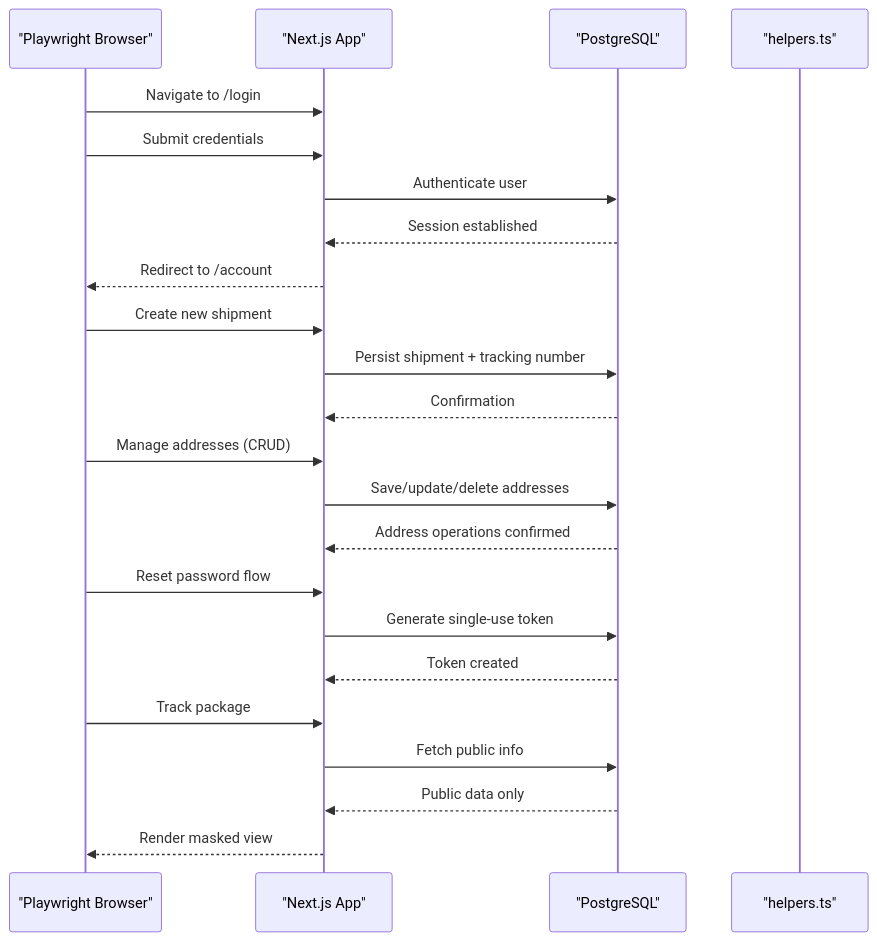
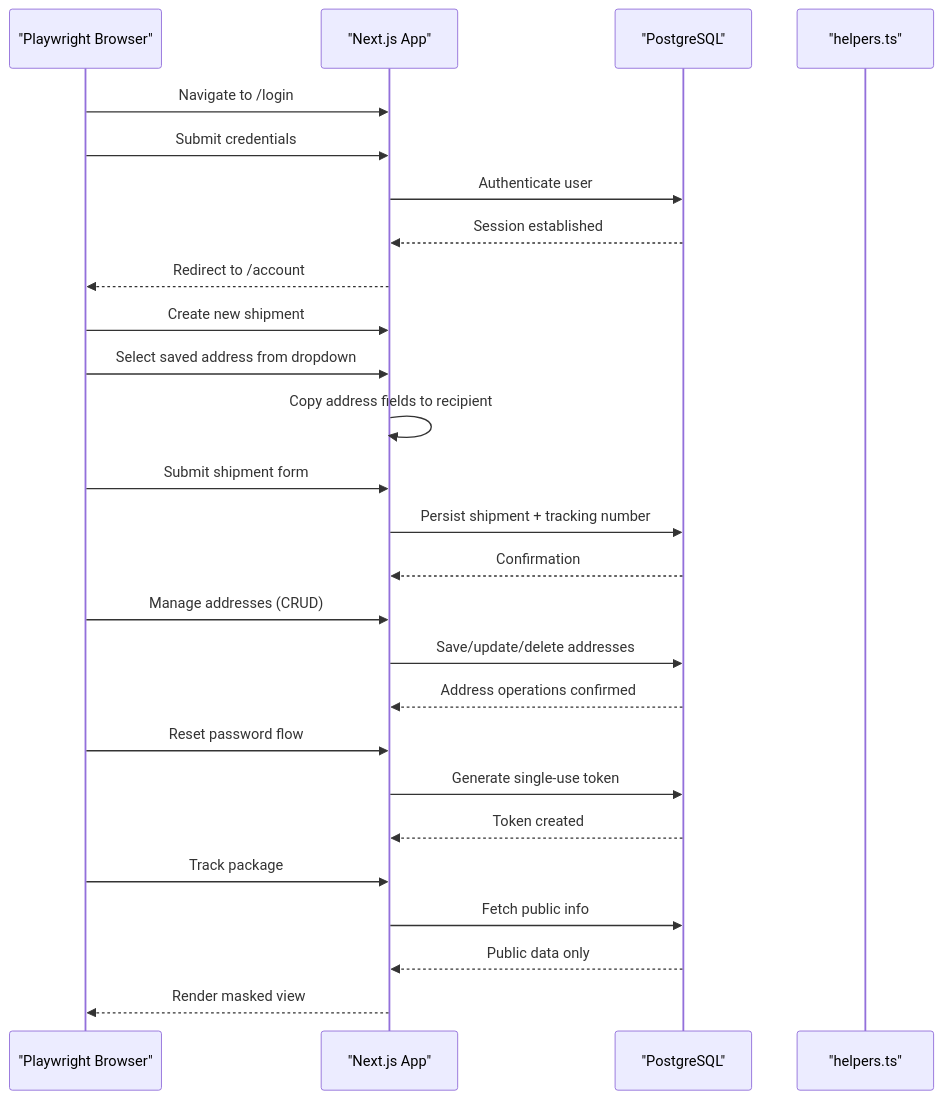
One commit to gyamposudodzi/Timberland changed the sixth of 8 diagrams in .qoder/repowiki/en/content/Testing Guide.md. Above: the diagram before and after it, drawn with Mermaid. The commit also changed other lines of this file and 28 other files, not shown here.

First line of the commit message:
feat(address): enhance shipment workflow with saved address copying and management

````diff
--- a/.qoder/repowiki/en/content/Testing Guide.md
+++ b/.qoder/repowiki/en/content/Testing Guide.md
@@ -323,25 +335,28 @@
 ```mermaid
 sequenceDiagram
 participant Browser as "Playwright Browser"
 participant App as "Next.js App"
 participant DB as "PostgreSQL"
 participant Helper as "helpers.ts"
 Browser->>App : Navigate to /login
 Browser->>App : Submit credentials
 App->>DB : Authenticate user
 DB-->>App : Session established
 App-->>Browser : Redirect to /account
 Browser->>App : Create new shipment
+Browser->>App : Select saved address from dropdown
+App->>App : Copy address fields to recipient
+Browser->>App : Submit shipment form
 App->>DB : Persist shipment + tracking number
 DB-->>App : Confirmation
 Browser->>App : Manage addresses (CRUD)
 App->>DB : Save/update/delete addresses
 DB-->>App : Address operations confirmed
 Browser->>App : Reset password flow
 App->>DB : Generate single-use token
 DB-->>App : Token created
 Browser->>App : Track package
 App->>DB : Fetch public info
 DB-->>App : Public data only
 App-->>Browser : Render masked view
 ```
````
